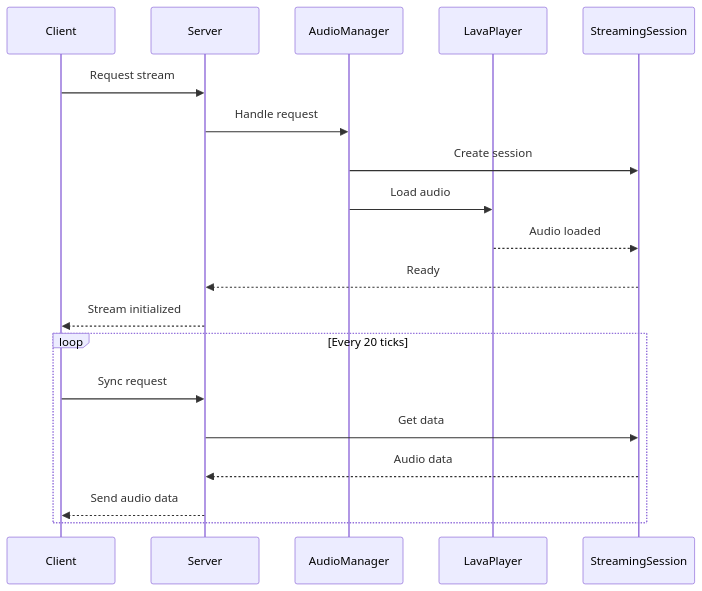
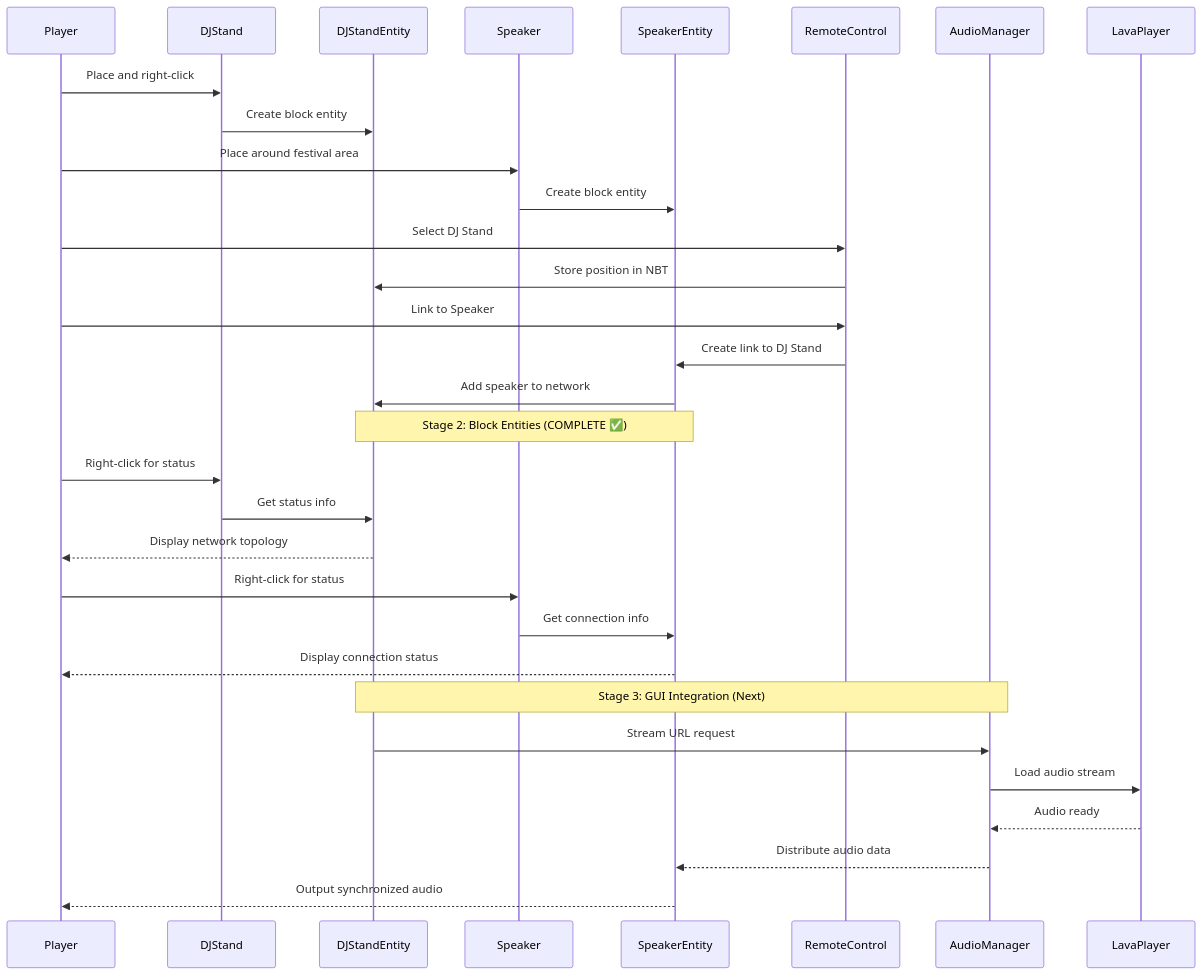
One commit to ThornsOfire/Minefest-Core changed the fourth of 10 diagrams in docs/ARCHITECTURE.md. Above: the diagram before and after it, drawn with Mermaid. The commit also changed other lines of this file and 65 other files, not shown here.

Commit message:
v1.20.4-0.2.3.1: Complete Project Restoration & Stage 1-3 Implementation - COMPLETE CHANGELOG restored from v0.1.0.1 to current with full Stage 1-3 audio infrastructure, professional GUI system, documentation formatting fixes, and production server automation

````diff
--- a/docs/ARCHITECTURE.md
+++ b/docs/ARCHITECTURE.md
@@ -90,23 +214,36 @@
 ```mermaid
 sequenceDiagram
-    participant Client
-    participant Server
+    participant Player
+    participant DJStand
+    participant DJStandEntity
+    participant Speaker
+    participant SpeakerEntity
+    participant RemoteControl
     participant AudioManager
     participant LavaPlayer
-    participant StreamingSession
     
-    Client->>Server: Request stream
-    Server->>AudioManager: Handle request
-    AudioManager->>StreamingSession: Create session
-    AudioManager->>LavaPlayer: Load audio
-    LavaPlayer-->>StreamingSession: Audio loaded
-    StreamingSession-->>Server: Ready
-    Server-->>Client: Stream initialized
+    Player->>DJStand: Place and right-click
+    DJStand->>DJStandEntity: Create block entity
+    Player->>Speaker: Place around festival area
+    Speaker->>SpeakerEntity: Create block entity
+    Player->>RemoteControl: Select DJ Stand
+    RemoteControl->>DJStandEntity: Store position in NBT
+    Player->>RemoteControl: Link to Speaker
+    RemoteControl->>SpeakerEntity: Create link to DJ Stand
+    SpeakerEntity->>DJStandEntity: Add speaker to network
     
-    loop Every 20 ticks
-        Client->>Server: Sync request
-        Server->>StreamingSession: Get data
-        StreamingSession-->>Server: Audio data
-        Server-->>Client: Send audio data
-    end
+    Note over DJStandEntity,SpeakerEntity: Stage 2: Block Entities (COMPLETE ✅)
+    Player->>DJStand: Right-click for status
+    DJStand->>DJStandEntity: Get status info
+    DJStandEntity-->>Player: Display network topology
+    Player->>Speaker: Right-click for status  
+    Speaker->>SpeakerEntity: Get connection info
+    SpeakerEntity-->>Player: Display connection status
+    
+    Note over DJStandEntity,AudioManager: Stage 3: GUI Integration (Next)
+    DJStandEntity->>AudioManager: Stream URL request
+    AudioManager->>LavaPlayer: Load audio stream
+    LavaPlayer-->>AudioManager: Audio ready
+    AudioManager-->>SpeakerEntity: Distribute audio data
+    SpeakerEntity-->>Player: Output synchronized audio
 ```
````
